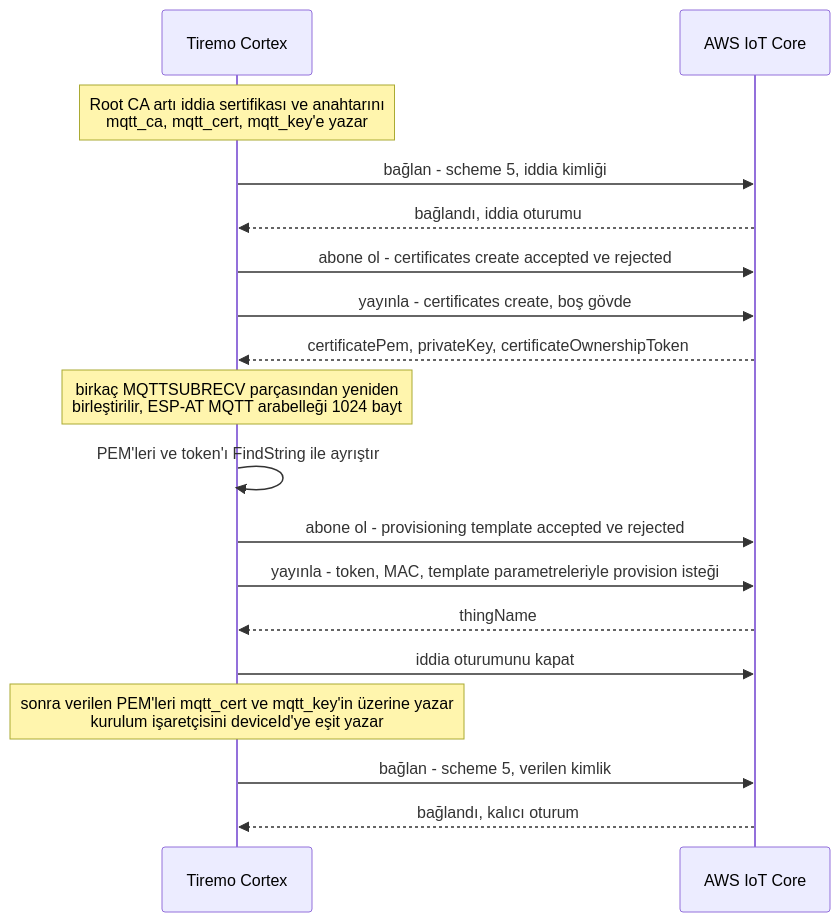
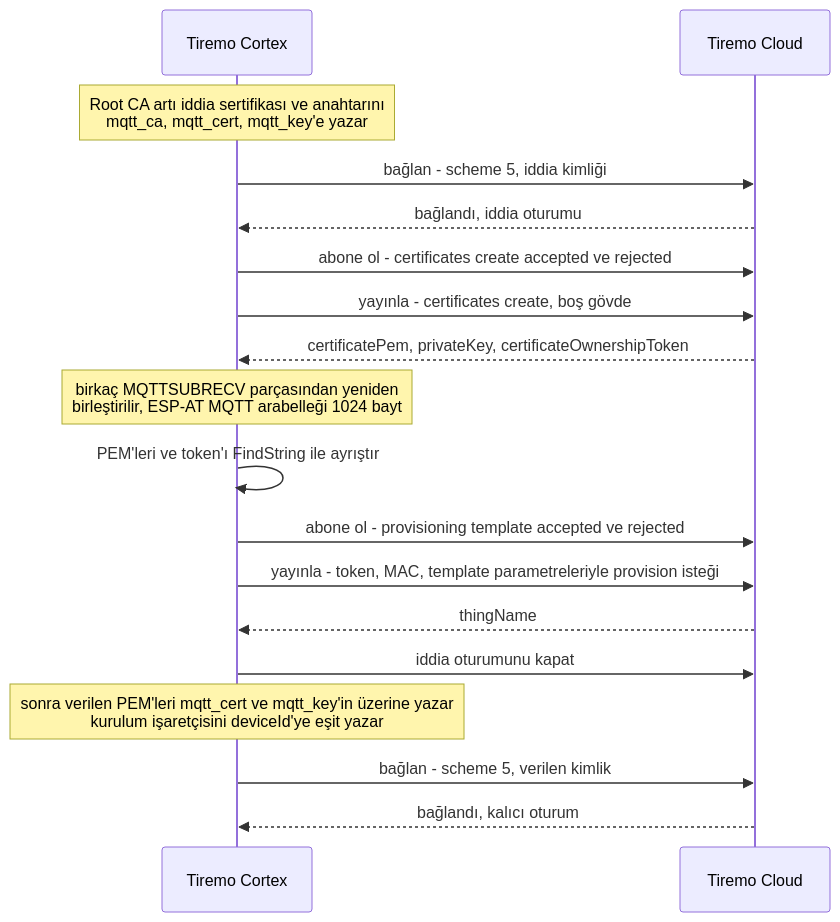
The second of 2 diagrams in docs-tr/Tiremo_Cloud/Feature_Tutorials/03-Fleet_Provisioning_By_Claim/README.md (Empa-Electronics/Tiremo-Cortex-Tutorials), drawn with Mermaid before and after one commit. The commit also changed other lines of this file and 113 other files, not shown here.

````diff
--- a/docs-tr/Tiremo_Cloud/Feature_Tutorials/03-Fleet_Provisioning_By_Claim/README.md
+++ b/docs-tr/Tiremo_Cloud/Feature_Tutorials/03-Fleet_Provisioning_By_Claim/README.md
@@ -122,24 +173,24 @@
 ```mermaid
 sequenceDiagram
     participant Board as Tiremo Cortex
-    participant AWS as AWS IoT Core
+    participant Cloud as Tiremo Cloud
 
     Note over Board: Root CA artı iddia sertifikası ve anahtarını<br/>mqtt_ca, mqtt_cert, mqtt_key'e yazar
-    Board->>AWS: bağlan - scheme 5, iddia kimliği
-    AWS-->>Board: bağlandı, iddia oturumu
+    Board->>Cloud: bağlan - scheme 5, iddia kimliği
+    Cloud-->>Board: bağlandı, iddia oturumu
 
-    Board->>AWS: abone ol - certificates create accepted ve rejected
-    Board->>AWS: yayınla - certificates create, boş gövde
-    AWS-->>Board: certificatePem, privateKey, certificateOwnershipToken
+    Board->>Cloud: abone ol - certificates create accepted ve rejected
+    Board->>Cloud: yayınla - certificates create, boş gövde
+    Cloud-->>Board: certificatePem, privateKey, certificateOwnershipToken
     Note over Board: birkaç MQTTSUBRECV parçasından yeniden<br/>birleştirilir, ESP-AT MQTT arabelleği 1024 bayt
     Board->>Board: PEM'leri ve token'ı FindString ile ayrıştır
 
-    Board->>AWS: abone ol - provisioning template accepted ve rejected
-    Board->>AWS: yayınla - token, MAC, template parametreleriyle provision isteği
-    AWS-->>Board: thingName
+    Board->>Cloud: abone ol - provisioning template accepted ve rejected
+    Board->>Cloud: yayınla - token, MAC, template parametreleriyle provision isteği
+    Cloud-->>Board: thingName
 
-    Board->>AWS: iddia oturumunu kapat
+    Board->>Cloud: iddia oturumunu kapat
     Note over Board: sonra verilen PEM'leri mqtt_cert ve mqtt_key'in üzerine yazar<br/>kurulum işaretçisini deviceId'ye eşit yazar
-    Board->>AWS: bağlan - scheme 5, verilen kimlik
-    AWS-->>Board: bağlandı, kalıcı oturum
+    Board->>Cloud: bağlan - scheme 5, verilen kimlik
+    Cloud-->>Board: bağlandı, kalıcı oturum
 ```
````
